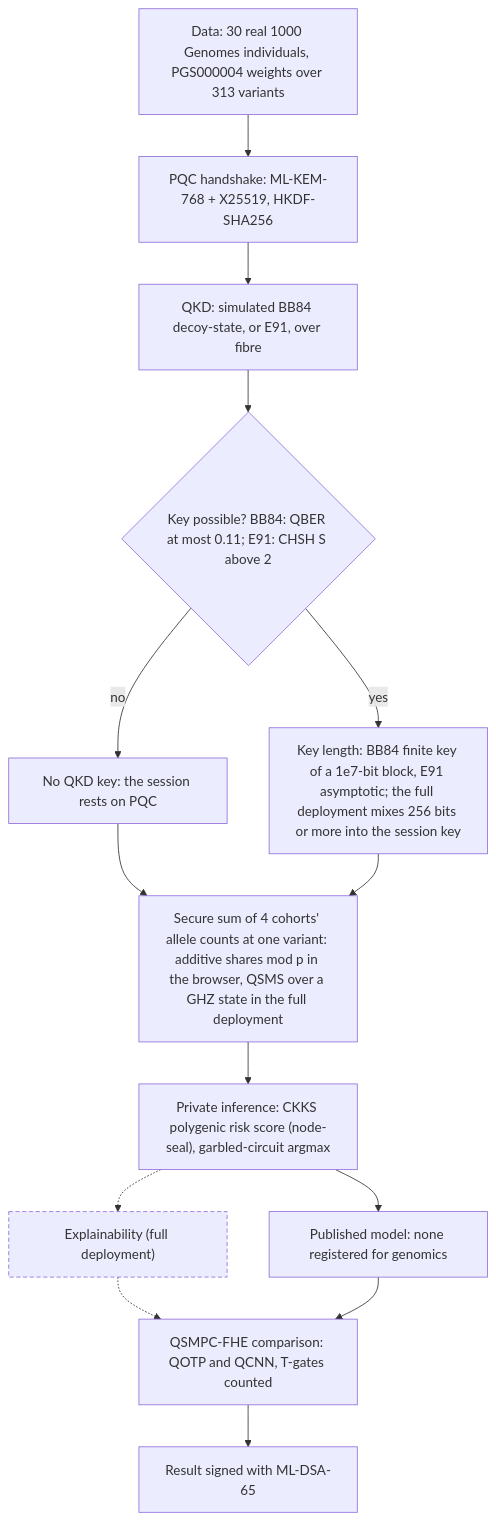
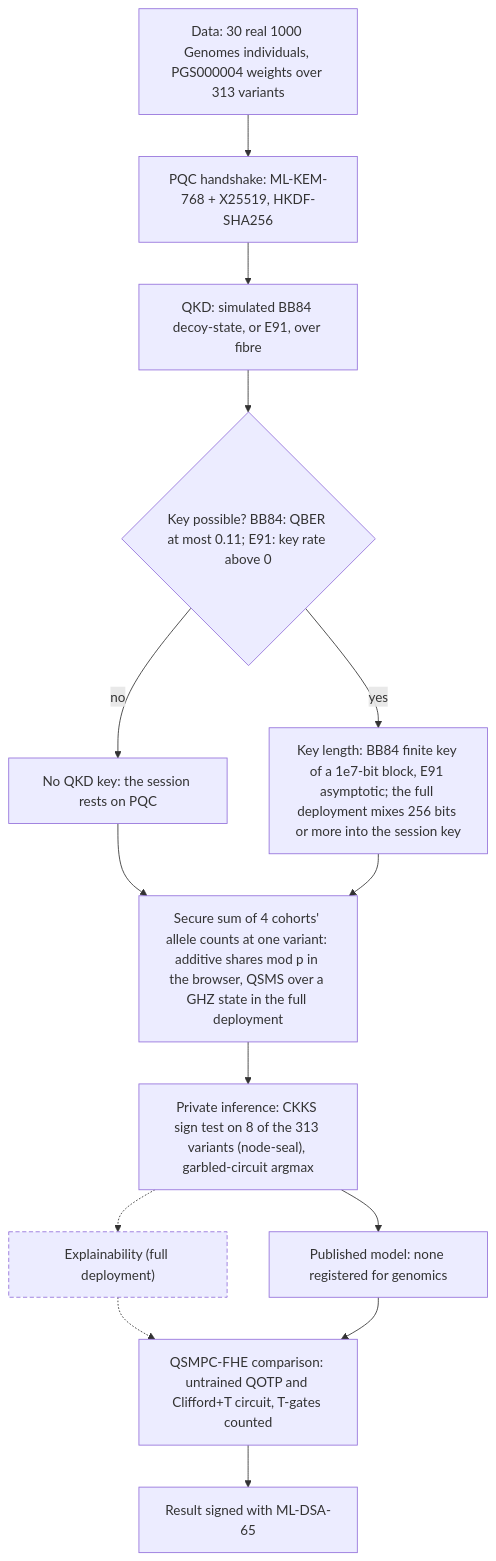
Before and after one commit to Quantum-Daemons/QSMPC-QKD-QHE-AI-Hybrid: the fifth of 11 diagrams in README.md, drawn with Mermaid. The commit also changed other lines of this file and 113 other files, not shown here.

````diff
--- a/README.md
+++ b/README.md
@@ -180,30 +182,30 @@
 ```mermaid
 flowchart TB
   D["Data: 30 real 1000 Genomes individuals, PGS000004 weights over 313 variants"]
   H["PQC handshake: ML-KEM-768 + X25519, HKDF-SHA256"]
   K["QKD: simulated BB84 decoy-state, or E91, over fibre"]
-  Q{"Key possible? BB84: QBER at most 0.11; E91: CHSH S above 2"}
+  Q{"Key possible? BB84: QBER at most 0.11; E91: key rate above 0"}
   N["No QKD key: the session rests on PQC"]
   L["Key length: BB84 finite key of a 1e7-bit block, E91 asymptotic; the full deployment mixes 256 bits or more into the session key"]
   P["Secure sum of 4 cohorts' allele counts at one variant: additive shares mod p in the browser, QSMS over a GHZ state in the full deployment"]
-  I["Private inference: CKKS polygenic risk score (node-seal), garbled-circuit argmax"]
+  I["Private inference: CKKS sign test on 8 of the 313 variants (node-seal), garbled-circuit argmax"]
   M["Published model: none registered for genomics"]
   X["Explainability (full deployment)"]
-  C["QSMPC-FHE comparison: QOTP and QCNN, T-gates counted"]
+  C["QSMPC-FHE comparison: untrained QOTP and Clifford+T circuit, T-gates counted"]
   S["Result signed with ML-DSA-65"]
   D --> H
   H --> K
   K --> Q
   Q -->|no| N
   Q -->|yes| L
   N --> P
   L --> P
   P --> I
   I --> M
   I -.-> X
   X -.-> C
   M --> C
   C --> S
   classDef full stroke-dasharray: 5 3
   class X full
 ```
````
